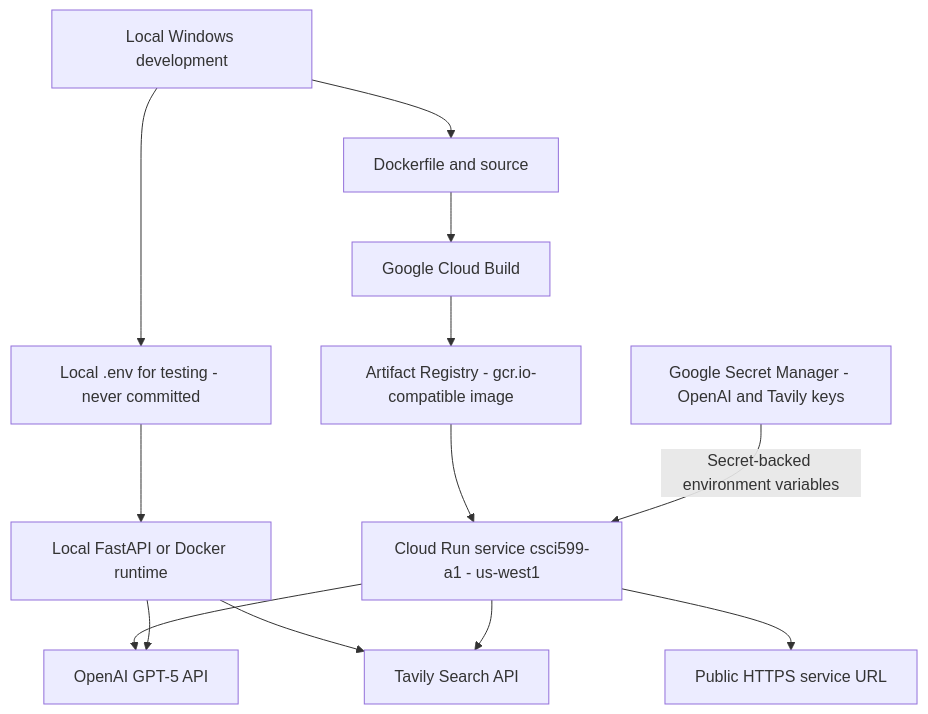
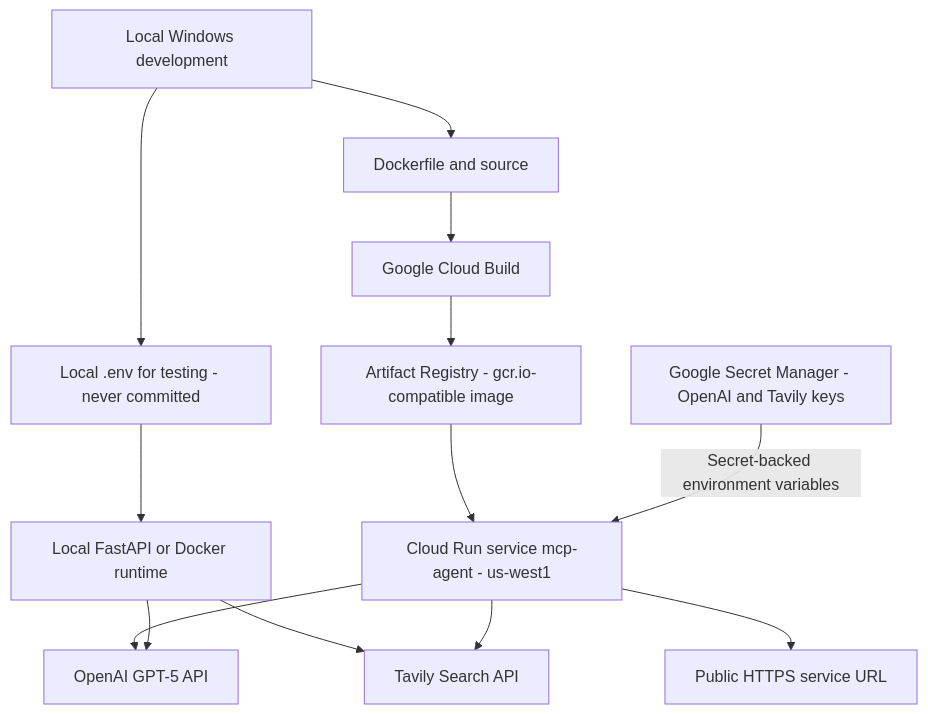
The third of 3 diagrams in README.md (Viswabharathi-K-A/MCP-tool-using-agent), drawn with Mermaid before and after one commit. The commit also changed other lines of this file and 4 other files, not shown here.

````diff
--- a/README.md
+++ b/README.md
@@ -48,15 +47,15 @@
 ```mermaid
 flowchart TD
     DEV["Local Windows development"] --> ENV["Local .env for testing - never committed"]
     DEV --> DOCKER["Dockerfile and source"]
     DOCKER --> BUILD["Google Cloud Build"]
     BUILD --> REG["Artifact Registry - gcr.io-compatible image"]
-    REG --> RUN["Cloud Run service csci599-a1 - us-west1"]
+    REG --> RUN["Cloud Run service mcp-agent - us-west1"]
     SEC["Google Secret Manager - OpenAI and Tavily keys"] -->|Secret-backed environment variables| RUN
     RUN --> URL["Public HTTPS service URL"]
     RUN --> OPENAI["OpenAI GPT-5 API"]
     ENV --> LOCAL["Local FastAPI or Docker runtime"]
     LOCAL --> OPENAI
     LOCAL --> TAVILY["Tavily Search API"]
     RUN --> TAVILY
 ```
````
